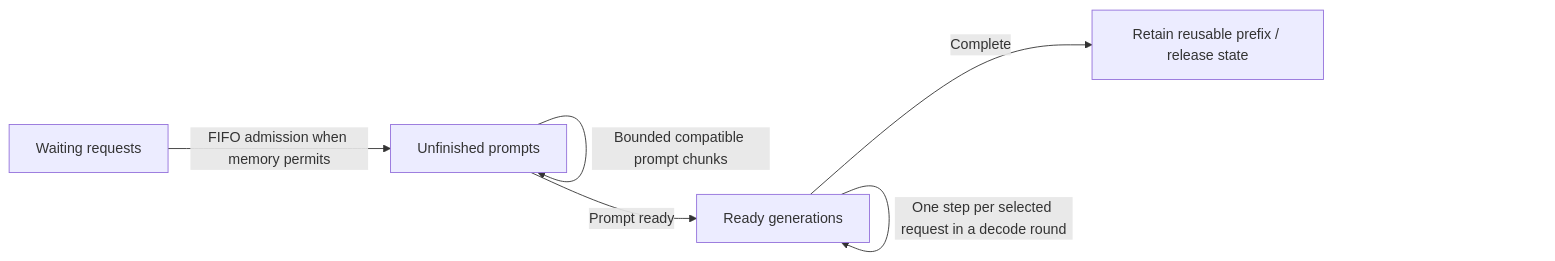
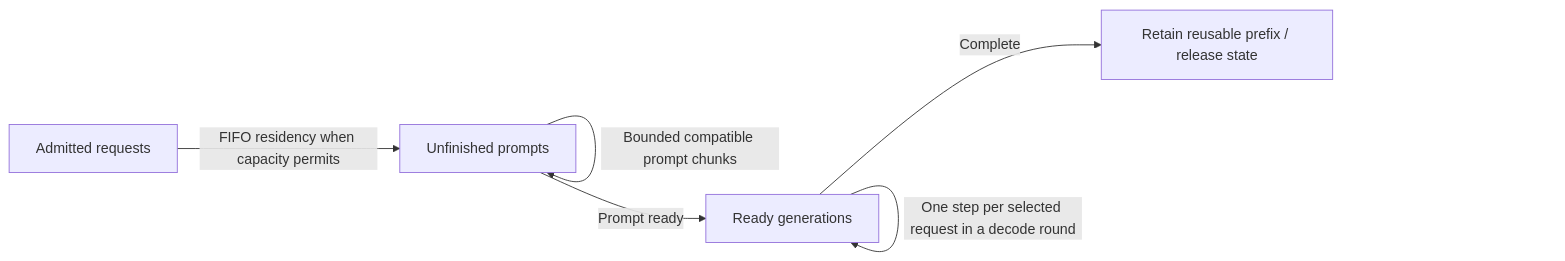
The first of 3 diagrams in design/inference/engine/scheduler.md (magnitudedev/magnitude), drawn with Mermaid before and after one commit. The commit also changed other lines of this file and 51 other files, not shown here.

````diff
--- a/design/inference/engine/scheduler.md
+++ b/design/inference/engine/scheduler.md
@@ -15,8 +16,8 @@
 ```mermaid
 flowchart LR
-    Q[Waiting requests] -->|FIFO admission when memory permits| P[Unfinished prompts]
+    Q[Admitted requests] -->|FIFO residency when capacity permits| P[Unfinished prompts]
     P -->|Bounded compatible prompt chunks| P
     P -->|Prompt ready| D[Ready generations]
     D -->|One step per selected request in a decode round| D
     D -->|Complete| F[Retain reusable prefix / release state]
 ```
````
